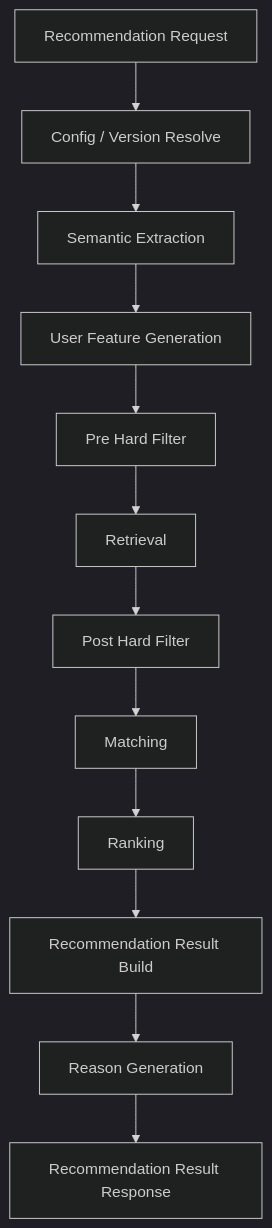
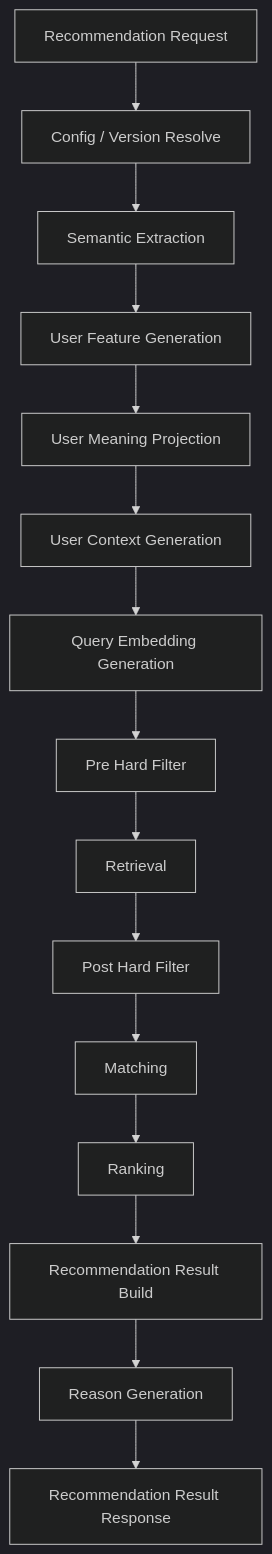
One commit to ryo-chan-k6/GiftRecommendAPP_MVP_CYCLE_3 changed the first of 3 diagrams in docs/05_アプリケーション設計/アプリ/機能一覧.md. Above: the diagram before and after it, drawn with Mermaid (dark theme). The commit also changed other lines of this file, not shown here.

````diff
--- a/docs/05_アプリケーション設計/アプリ/機能一覧.md
+++ b/docs/05_アプリケーション設計/アプリ/機能一覧.md
@@ -330,14 +415,17 @@
 ```mermaid
 flowchart TD
     A[Recommendation Request] --> B[Config / Version Resolve]
     B --> C[Semantic Extraction]
     C --> D[User Feature Generation]
-    D --> E[Pre Hard Filter]
-    E --> F[Retrieval]
-    F --> G[Post Hard Filter]
-    G --> H[Matching]
-    H --> I[Ranking]
-    I --> J[Recommendation Result Build]
-    J --> K[Reason Generation]
-    K --> L[Recommendation Result Response]
+    D --> E[User Meaning Projection]
+    E --> F[User Context Generation]
+    F --> G[Query Embedding Generation]
+    G --> H[Pre Hard Filter]
+    H --> I[Retrieval]
+    I --> J[Post Hard Filter]
+    J --> K[Matching]
+    K --> L[Ranking]
+    L --> M[Recommendation Result Build]
+    M --> N[Reason Generation]
+    N --> O[Recommendation Result Response]
 ```
````
